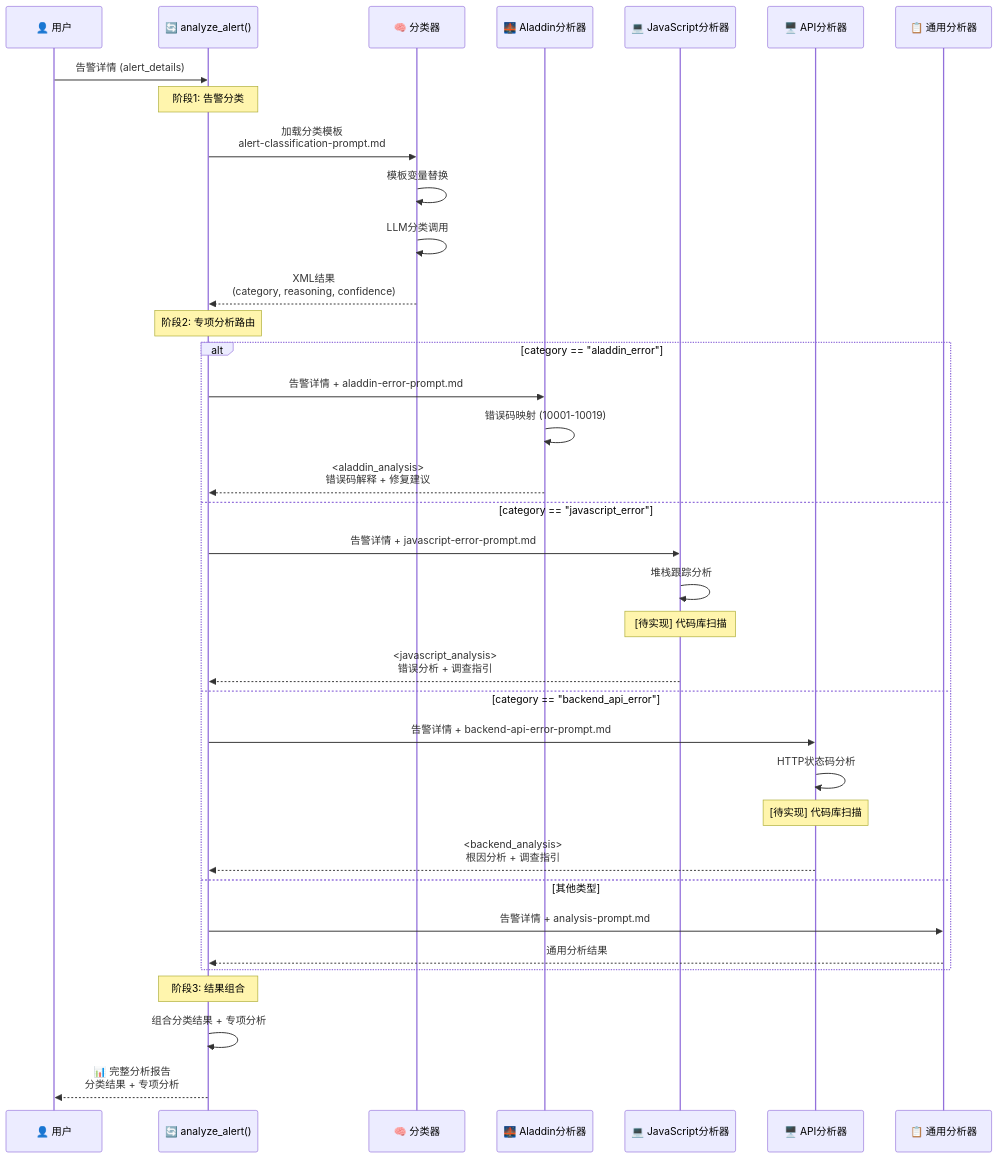
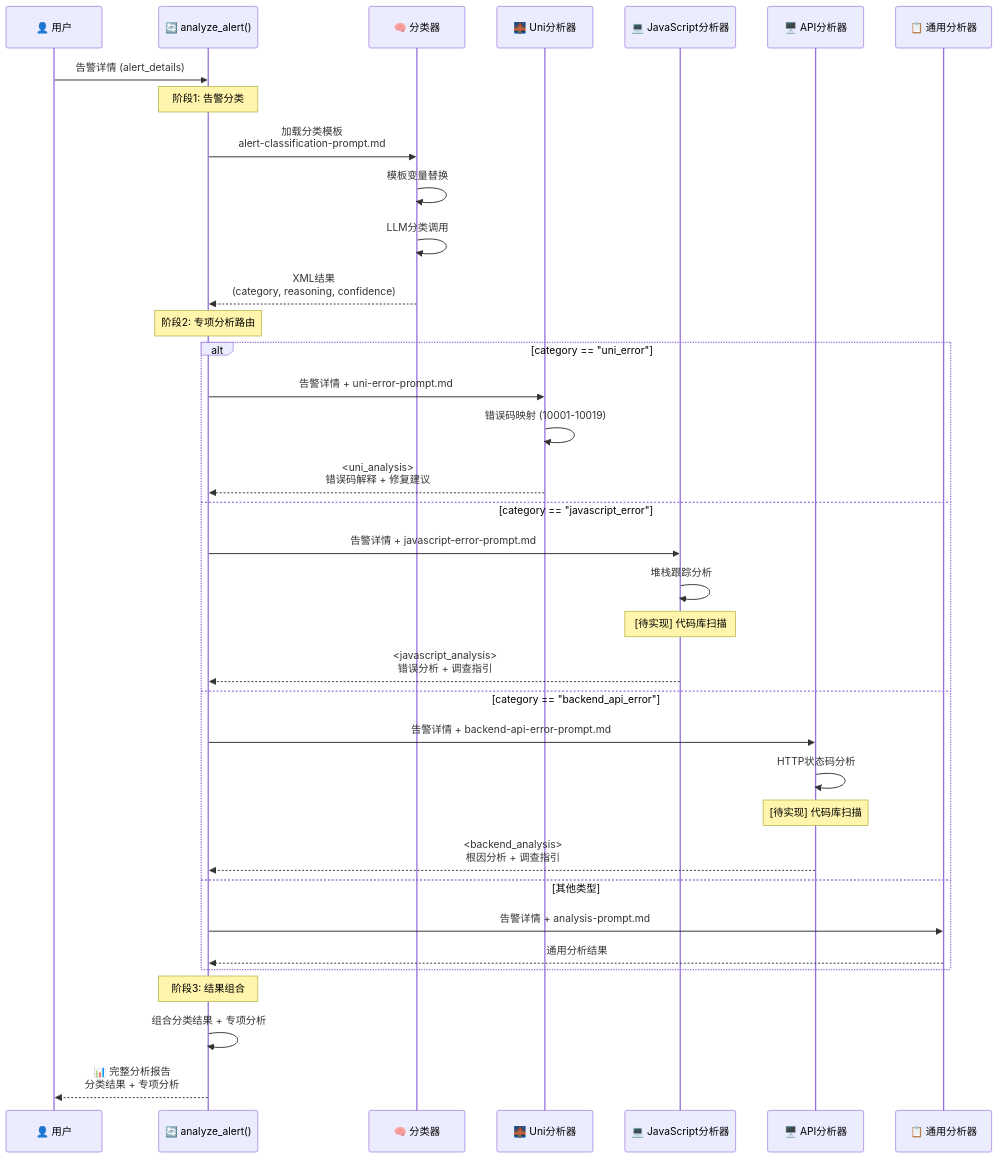
The second of 3 diagrams in crisis/analyze_alert_workflow_guide.md (CheukYuen/learn-agent), drawn with Mermaid before and after one commit. The commit also changed other lines of this file and 12 other files, not shown here.

````diff
--- a/crisis/analyze_alert_workflow_guide.md
+++ b/crisis/analyze_alert_workflow_guide.md
@@ -96,46 +96,46 @@
 ```mermaid
 sequenceDiagram
     participant User as 👤 用户
     participant Workflow as 🔄 analyze_alert()
     participant Classifier as 🧠 分类器
-    participant Aladdin as 🌉 Aladdin分析器
+    participant Uni as 🌉 Uni分析器
     participant JS as 💻 JavaScript分析器
     participant API as 🖥️ API分析器
     participant Generic as 📋 通用分析器
     
     User->>Workflow: 告警详情 (alert_details)
     
     Note over Workflow: 阶段1: 告警分类
     Workflow->>Classifier: 加载分类模板<br/>alert-classification-prompt.md
     Classifier->>Classifier: 模板变量替换
     Classifier->>Classifier: LLM分类调用
     Classifier-->>Workflow: XML结果<br/>(category, reasoning, confidence)
     
     Note over Workflow: 阶段2: 专项分析路由
     
-    alt category == "aladdin_error"
-        Workflow->>Aladdin: 告警详情 + aladdin-error-prompt.md
-        Aladdin->>Aladdin: 错误码映射 (10001-10019)
-        Aladdin-->>Workflow: <aladdin_analysis><br/>错误码解释 + 修复建议
+    alt category == "uni_error"
+        Workflow->>Uni: 告警详情 + uni-error-prompt.md
+        Uni->>Uni: 错误码映射 (10001-10019)
+        Uni-->>Workflow: <uni_analysis><br/>错误码解释 + 修复建议
     
     else category == "javascript_error"
         Workflow->>JS: 告警详情 + javascript-error-prompt.md
         JS->>JS: 堆栈跟踪分析
         Note over JS: [待实现] 代码库扫描
         JS-->>Workflow: <javascript_analysis><br/>错误分析 + 调查指引
     
     else category == "backend_api_error"
         Workflow->>API: 告警详情 + backend-api-error-prompt.md
         API->>API: HTTP状态码分析
         Note over API: [待实现] 代码库扫描
         API-->>Workflow: <backend_analysis><br/>根因分析 + 调查指引
     
     else 其他类型
         Workflow->>Generic: 告警详情 + analysis-prompt.md
         Generic-->>Workflow: 通用分析结果
     end
     
     Note over Workflow: 阶段3: 结果组合
     Workflow->>Workflow: 组合分类结果 + 专项分析
     Workflow-->>User: 📊 完整分析报告<br/>分类结果 + 专项分析
 ```
````
